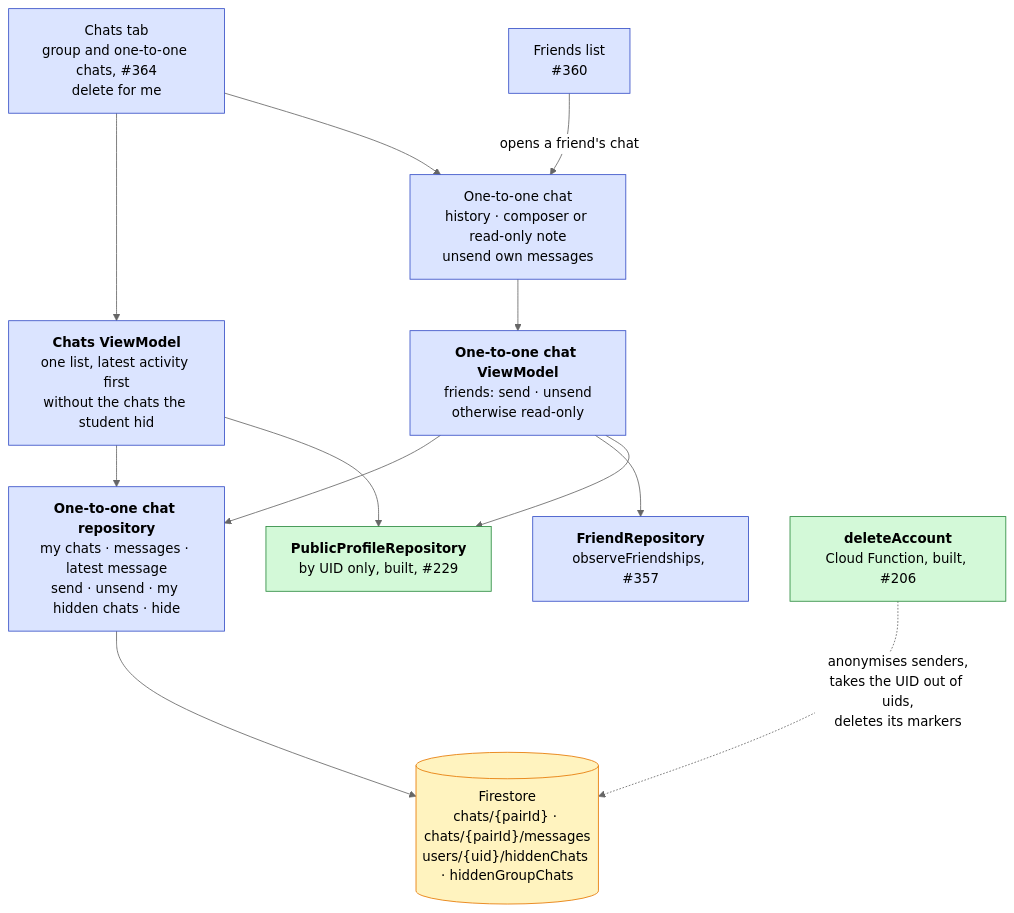
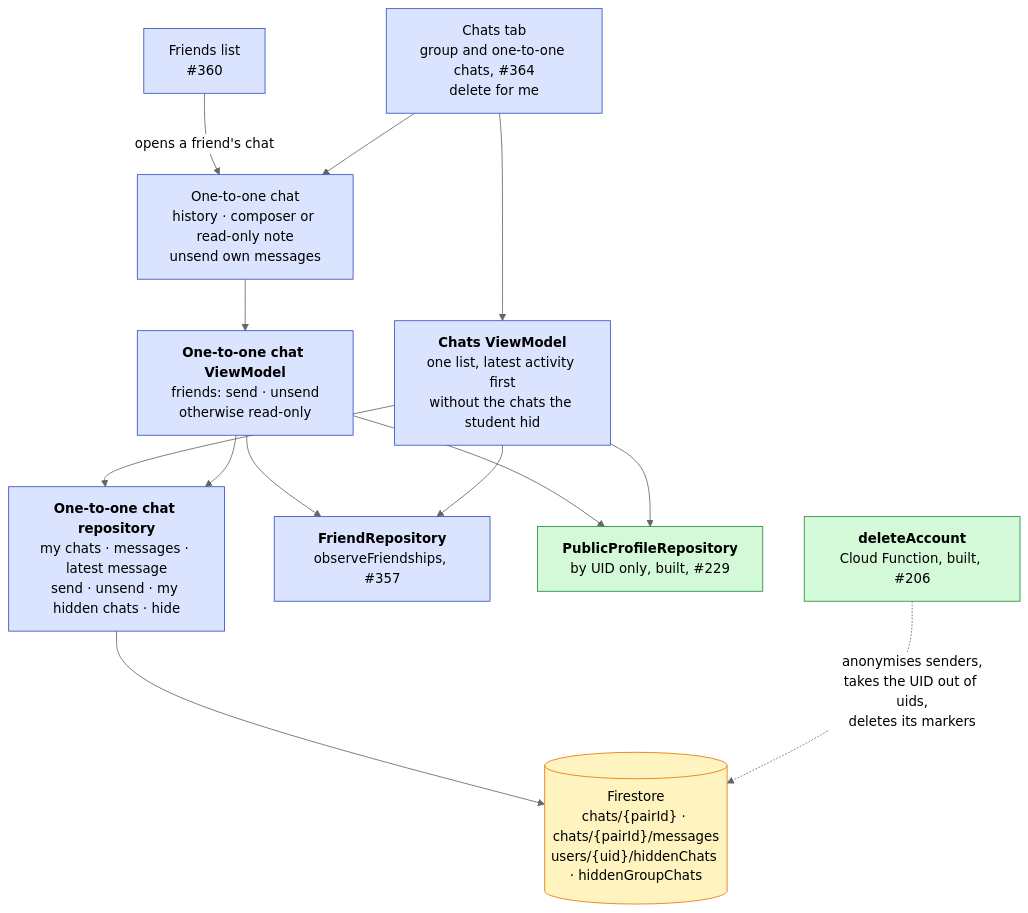
One commit to swent-polysocial/PolySocial changed the eighth of 14 diagrams in docs/Architecture-Diagram.md. Above: the diagram before and after it, drawn with Mermaid (neutral theme). The commit also changed other lines of this file and 1 other file, not shown here.

````diff
--- a/docs/Architecture-Diagram.md
+++ b/docs/Architecture-Diagram.md
@@ -327,18 +327,19 @@
 ```mermaid
 flowchart TB
   classDef pb fill:#dbe4ff,stroke:#364fc7,color:#000
   classDef ext fill:#fff3bf,stroke:#e67700,color:#000
   classDef s1 fill:#d3f9d8,stroke:#2b8a3e,color:#000
 
   tab["Chats tab<br/>group and one-to-one chats, #364<br/>delete for me"]:::pb --> tabVM["<b>Chats ViewModel</b><br/>one list, latest activity first<br/>without the chats the student hid"]:::pb
   friendsUi["Friends list<br/>#360"]:::pb -- "opens a friend's chat" --> chatS
   tab --> chatS["One-to-one chat<br/>history · composer or read-only note<br/>unsend own messages"]:::pb
   chatS --> chatVM["<b>One-to-one chat ViewModel</b><br/>friends: send · unsend<br/>otherwise read-only"]:::pb
   tabVM --> repo["<b>One-to-one chat repository</b><br/>my chats · messages · latest message<br/>send · unsend · my hidden chats · hide"]:::pb
   chatVM --> repo
   chatVM --> friendRepo["<b>FriendRepository</b><br/>observeFriendships, #357"]:::pb
+  tabVM --> friendRepo
   chatVM --> pub["<b>PublicProfileRepository</b><br/>by UID only, built, #229"]:::s1
   tabVM --> pub
   repo --> fs[("Firestore<br/>chats/{pairId} · chats/{pairId}/messages<br/>users/{uid}/hiddenChats · hiddenGroupChats")]:::ext
   delFn["<b>deleteAccount</b><br/>Cloud Function, built, #206"]:::s1 -. "anonymises senders,<br/>takes the UID out of uids,<br/>deletes its markers" .-> fs
 ```
````
